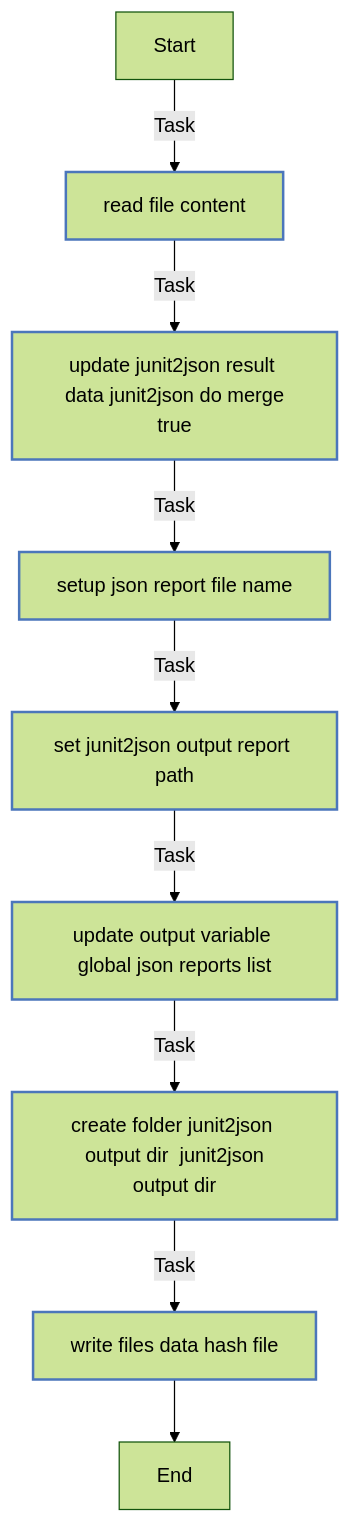
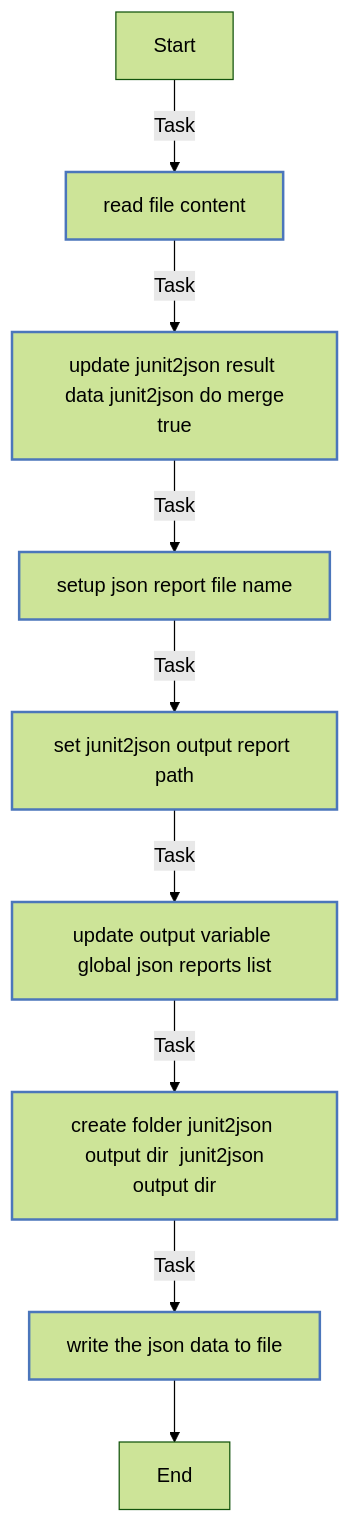
The first of 6 diagrams in roles/junit2json/README.md (redhatci/ansible-collection-redhatci-ocp), drawn with Mermaid (forest theme) before and after one commit. The commit also changed other lines of this file and 4 other files, not shown here.

First line of the commit message:
TELCOV10N-452 UPD role junit2json tests

````diff
--- a/roles/junit2json/README.md
+++ b/roles/junit2json/README.md
@@ -174,21 +185,21 @@
 ```mermaid
 flowchart TD
 Start
 classDef block stroke:#3498db,stroke-width:2px;
 classDef task stroke:#4b76bb,stroke-width:2px;
 classDef includeTasks stroke:#16a085,stroke-width:2px;
 classDef importTasks stroke:#34495e,stroke-width:2px;
 classDef includeRole stroke:#2980b9,stroke-width:2px;
 classDef importRole stroke:#699ba7,stroke-width:2px;
 classDef includeVars stroke:#8e44ad,stroke-width:2px;
 classDef rescue stroke:#665352,stroke-width:2px;
 
   Start-->|Task| Read_file_content0[read file content]:::task
   Read_file_content0-->|Task| Update_junit2json_result_data_junit2json_do_merge_true1[update junit2json result data junit2json do merge<br>true]:::task
   Update_junit2json_result_data_junit2json_do_merge_true1-->|Task| Setup_JSON_report_file_name2[setup json report file name]:::task
   Setup_JSON_report_file_name2-->|Task| Set_junit2json_output_report_path3[set junit2json output report path]:::task
   Set_junit2json_output_report_path3-->|Task| Update_output_variable_global_json_reports_list4[update output variable global json reports list]:::task
   Update_output_variable_global_json_reports_list4-->|Task| Create_folder_junit2json_output_dir__junit2json_output_dir_5[create folder junit2json output dir  junit2json<br>output dir ]:::task
-  Create_folder_junit2json_output_dir__junit2json_output_dir_5-->|Task| Write_files___data___hash_file6[write files   data   hash file]:::task
-  Write_files___data___hash_file6-->End
+  Create_folder_junit2json_output_dir__junit2json_output_dir_5-->|Task| Write_the_json_data_to_file6[write the json data to file]:::task
+  Write_the_json_data_to_file6-->End
 ```
````
